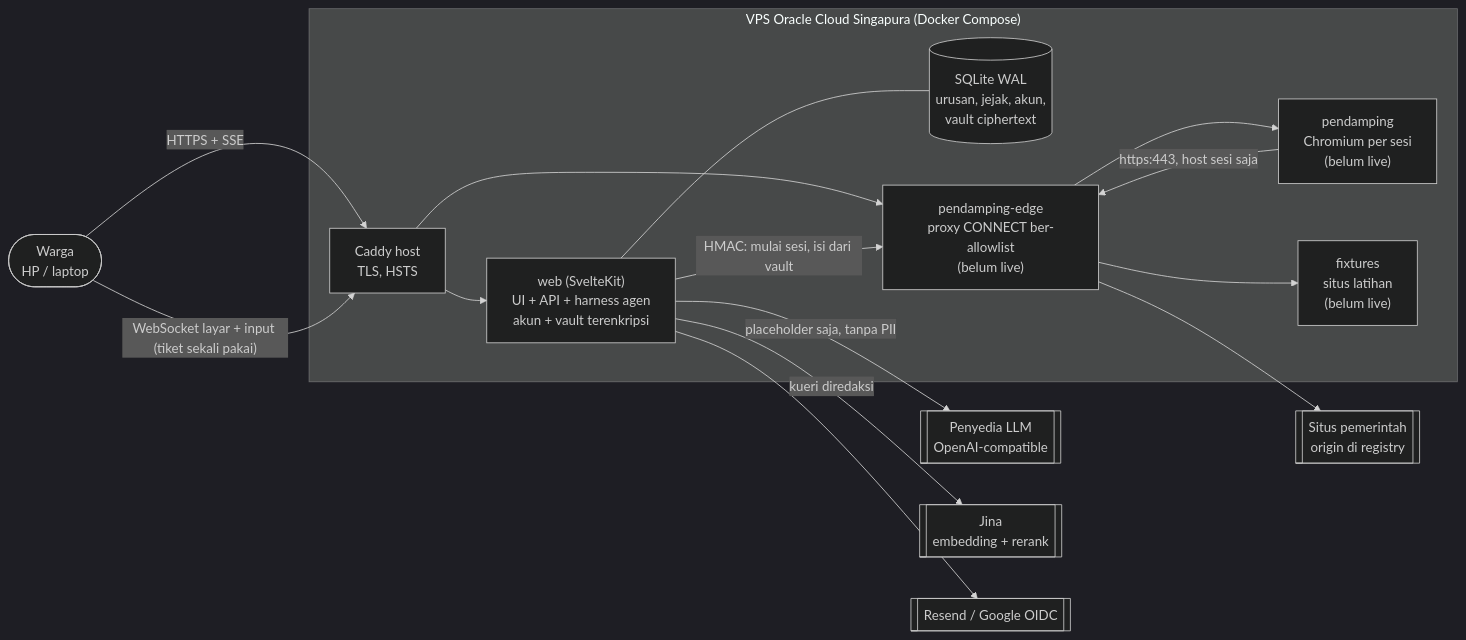
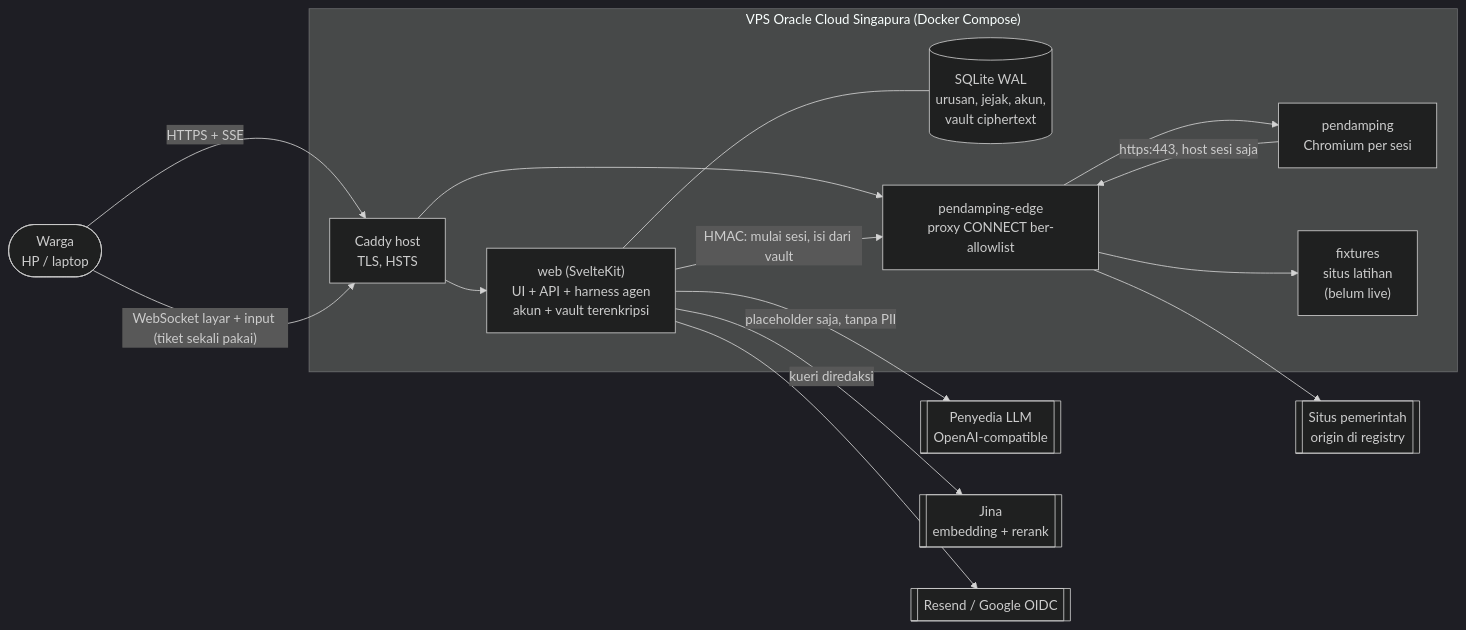
The diagram in README.md (bynguts/urusin), drawn with Mermaid (dark theme) before and after one commit. The commit also changed other lines of this file, not shown here.

First line of the commit message:
docs: mark Browser Pendamping and Izinkan isi live in the README status

````diff
--- a/README.md
+++ b/README.md
@@ -127,26 +127,26 @@
 ```mermaid
 flowchart LR
   W([Warga<br/>HP / laptop])
   subgraph VPS["VPS Oracle Cloud Singapura (Docker Compose)"]
     C[Caddy host<br/>TLS, HSTS]
     WEB["web (SvelteKit)<br/>UI + API + harness agen<br/>akun + vault terenkripsi"]
     DB[(SQLite WAL<br/>urusan, jejak, akun,<br/>vault ciphertext)]
-    PD["pendamping<br/>Chromium per sesi<br/>(belum live)"]
-    EDGE["pendamping-edge<br/>proxy CONNECT ber-allowlist<br/>(belum live)"]
+    PD["pendamping<br/>Chromium per sesi"]
+    EDGE["pendamping-edge<br/>proxy CONNECT ber-allowlist"]
     FX["fixtures<br/>situs latihan<br/>(belum live)"]
   end
   LLM[[Penyedia LLM<br/>OpenAI-compatible]]
   JINA[[Jina<br/>embedding + rerank]]
   GOV[[Situs pemerintah<br/>origin di registry]]
   RES[[Resend / Google OIDC]]
 
   W -- "HTTPS + SSE" --> C --> WEB
   W -- "WebSocket layar + input (tiket sekali pakai)" --> C --> EDGE --> PD
   WEB --- DB
   WEB -- "HMAC: mulai sesi, isi dari vault" --> EDGE
   WEB -- "placeholder saja, tanpa PII" --> LLM
   WEB -- "kueri diredaksi" --> JINA
   WEB --> RES
   PD -- "https:443, host sesi saja" --> EDGE --> GOV
   EDGE --> FX
 ```
````
